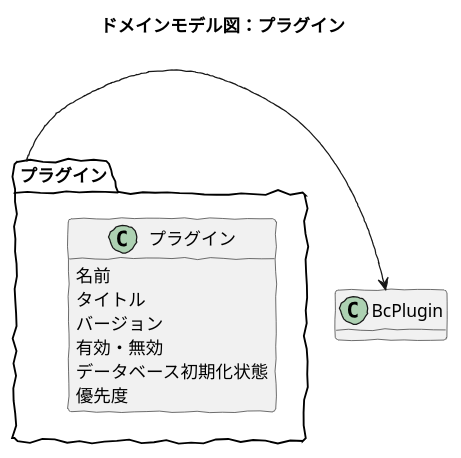
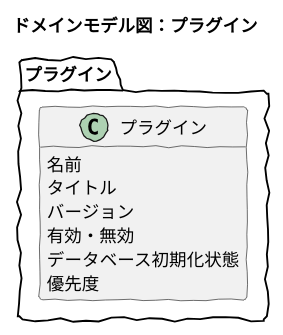
The diagram in src/puml/5/ucmitz/svg/domain_model/plugins.puml (baserproject/baserproject.github.io), drawn with PlantUML before and after one commit. The commit also changed 1 other file, not shown here.

```diff
--- a/src/puml/5/ucmitz/svg/domain_model/plugins.puml
+++ b/src/puml/5/ucmitz/svg/domain_model/plugins.puml
@@ -1,27 +1,21 @@
 @startuml
 skinparam handwritten true
 skinparam backgroundColor white
 hide method
 
 title ドメインモデル図：プラグイン
 
 package プラグイン {
 	
 	class プラグイン {
 		名前
 		タイトル
 		バージョン
 		有効・無効
 		データベース初期化状態
 		優先度
 	}
 
 }
 
-class BcPlugin {
-	
-}
-
-プラグイン -right-> BcPlugin
-
 @enduml
```
